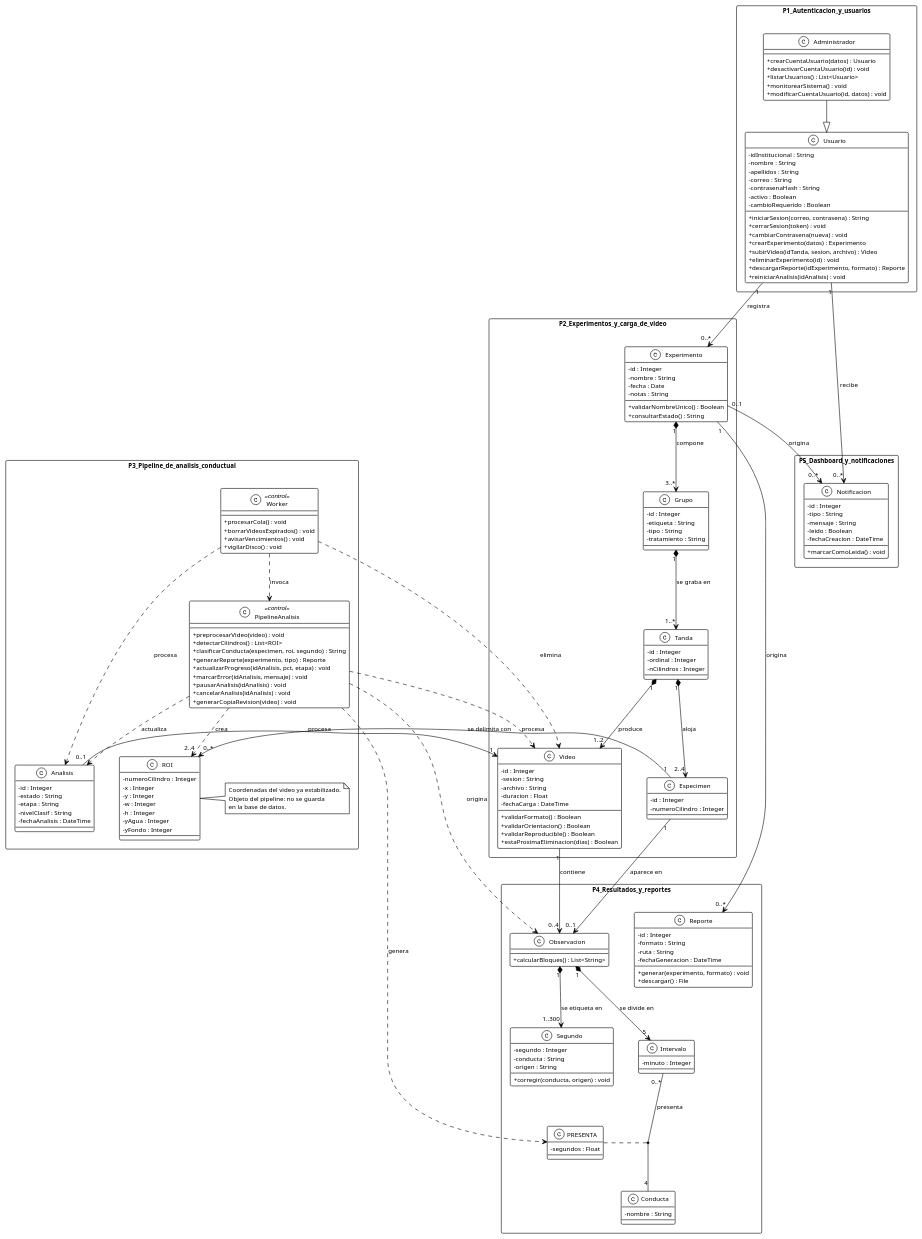
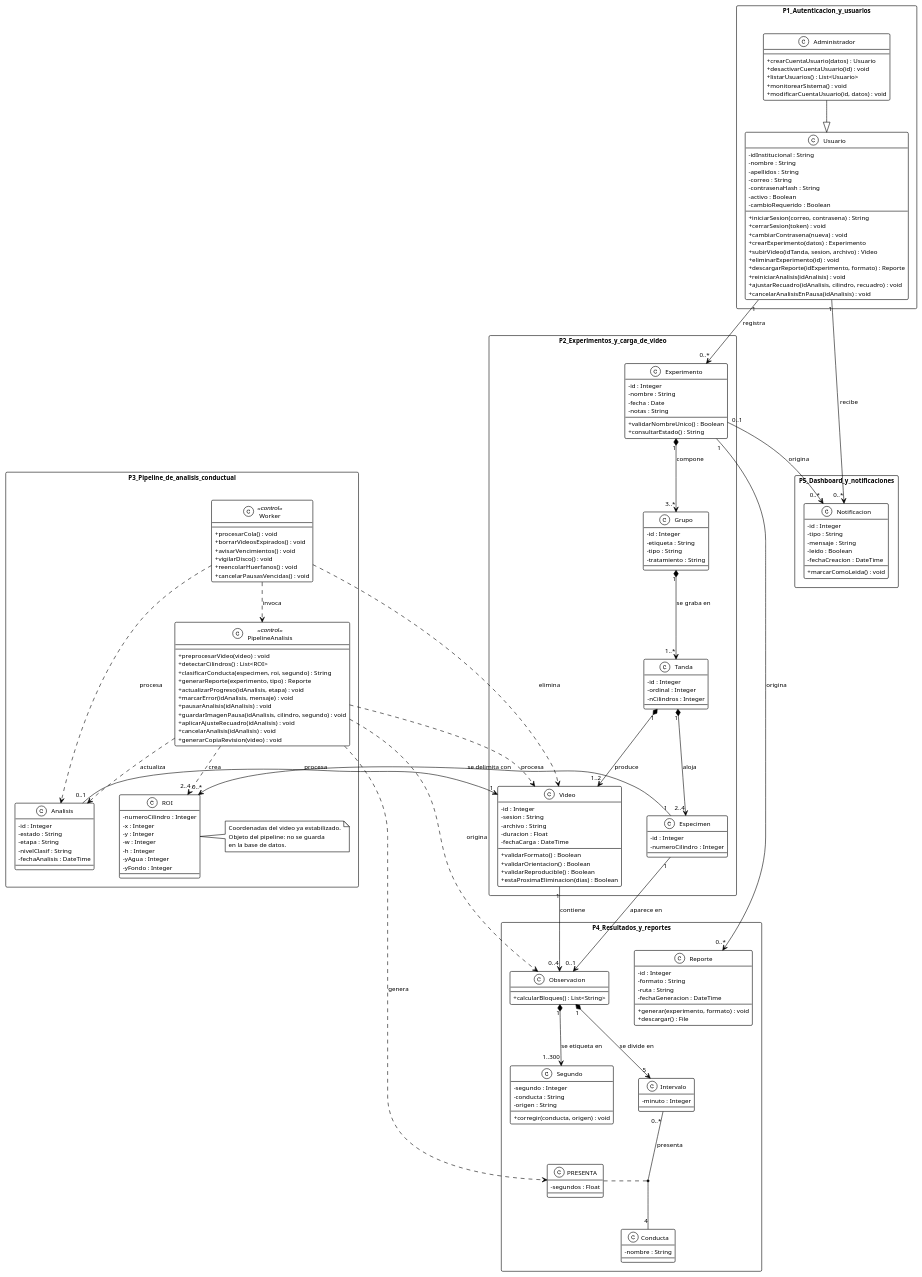
One commit to ErickJester/fst-ai-system-latex changed the diagram in diagramas/clases.puml. Above: the diagram before and after it, drawn with PlantUML. The commit also changed 28 other files, not shown here.

```diff
--- a/diagramas/clases.puml
+++ b/diagramas/clases.puml
@@ -27,6 +27,8 @@
     +eliminarExperimento(id) : void
     +descargarReporte(idExperimento, formato) : Reporte
     +reiniciarAnalisis(idAnalisis) : void
+    +ajustarRecuadro(idAnalisis, cilindro, recuadro) : void
+    +cancelarAnalisisEnPausa(idAnalisis) : void
   }
 
   class Administrador {
@@ -87,6 +89,8 @@
     +borrarVideosExpirados() : void
     +avisarVencimientos() : void
     +vigilarDisco() : void
+    +reencolarHuerfanos() : void
+    +cancelarPausasVencidas() : void
   }
 
   class PipelineAnalisis <<control>> {
@@ -94,9 +98,11 @@
     +detectarCilindros() : List<ROI>
     +clasificarConducta(especimen, roi, segundo) : String
     +generarReporte(experimento, tipo) : Reporte
-    +actualizarProgreso(idAnalisis, pct, etapa) : void
+    +actualizarProgreso(idAnalisis, etapa) : void
     +marcarError(idAnalisis, mensaje) : void
     +pausarAnalisis(idAnalisis) : void
+    +guardarImagenPausa(idAnalisis, cilindro, segundo) : void
+    +aplicarAjusteRecuadro(idAnalisis) : void
     +cancelarAnalisis(idAnalisis) : void
     +generarCopiaRevision(video) : void
   }
```
